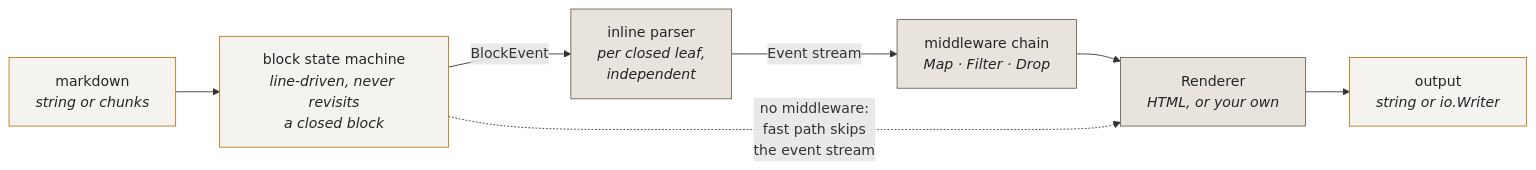
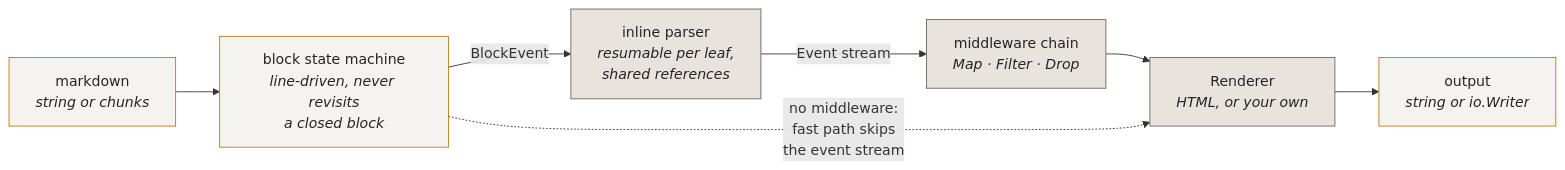
The second of 2 diagrams in README.md (Wenrh2004/mdflow), drawn with Mermaid before and after one commit. The commit also changed other lines of this file and 96 other files, not shown here.

````diff
--- a/README.md
+++ b/README.md
@@ -164,21 +187,21 @@
 ```mermaid
 flowchart LR
     src["markdown<br/><i>string or chunks</i>"]
     block["block state machine<br/><i>line-driven, never revisits<br/>a closed block</i>"]
-    inline["inline parser<br/><i>per closed leaf,<br/>independent</i>"]
+    inline["inline parser<br/><i>resumable per leaf,<br/>shared references</i>"]
     mw["middleware chain<br/><i>Map · Filter · Drop</i>"]
     rend["Renderer<br/><i>HTML, or your own</i>"]
     out["output<br/><i>string or io.Writer</i>"]
 
     src --> block
     block -->|"BlockEvent"| inline
     inline -->|"Event stream"| mw
     mw --> rend
     rend --> out
     block -.->|"no middleware:<br/>fast path skips<br/>the event stream"| rend
 
     classDef seq fill:#f5f3ef,stroke:#b97818,color:#242426
     classDef par fill:#e8e4dd,stroke:#6f6258,color:#242426
     class src,block,out seq
     class inline,mw,rend par
 ```
````
